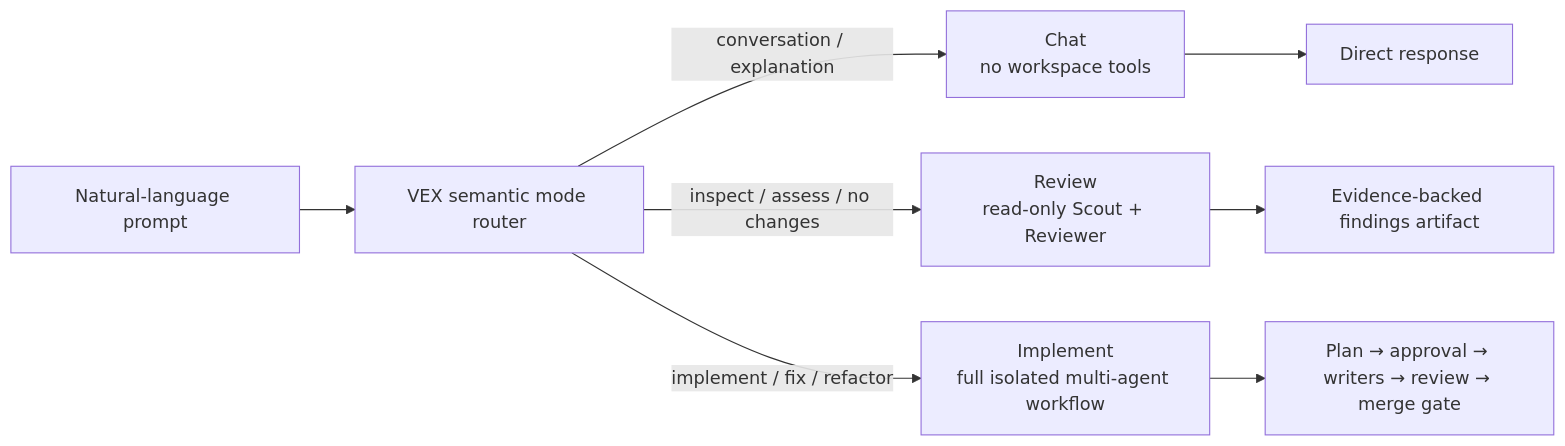
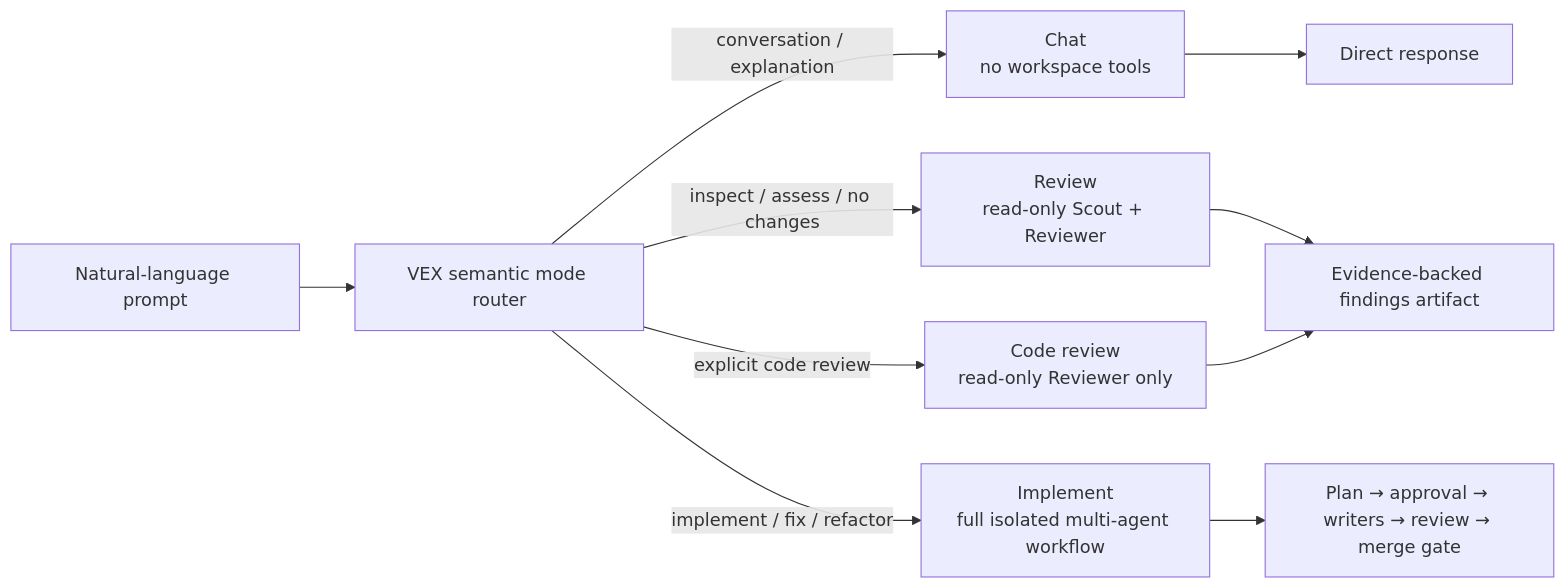
The first of 3 diagrams in docs/architecture.md (jkesh/Vex), drawn with Mermaid before and after one commit. The commit also changed other lines of this file and 38 other files, not shown here.

````diff
--- a/docs/architecture.md
+++ b/docs/architecture.md
@@ -28,10 +28,12 @@
 ```mermaid
 flowchart LR
   P["Natural-language prompt"] --> M["VEX semantic mode router"]
   M -->|"conversation / explanation"| C["Chat\nno workspace tools"]
   M -->|"inspect / assess / no changes"| R["Review\nread-only Scout + Reviewer"]
+  M -->|"explicit code review"| CR["Code review\nread-only Reviewer only"]
   M -->|"implement / fix / refactor"| I["Implement\nfull isolated multi-agent workflow"]
   C --> O["Direct response"]
   R --> F["Evidence-backed findings artifact"]
+  CR --> F
   I --> G["Plan → approval → writers → review → merge gate"]
 ```
````
